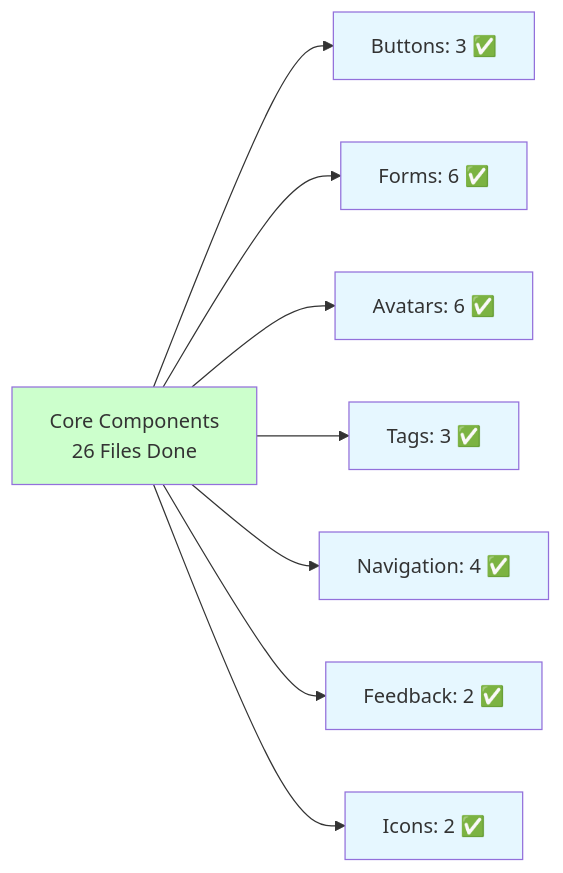
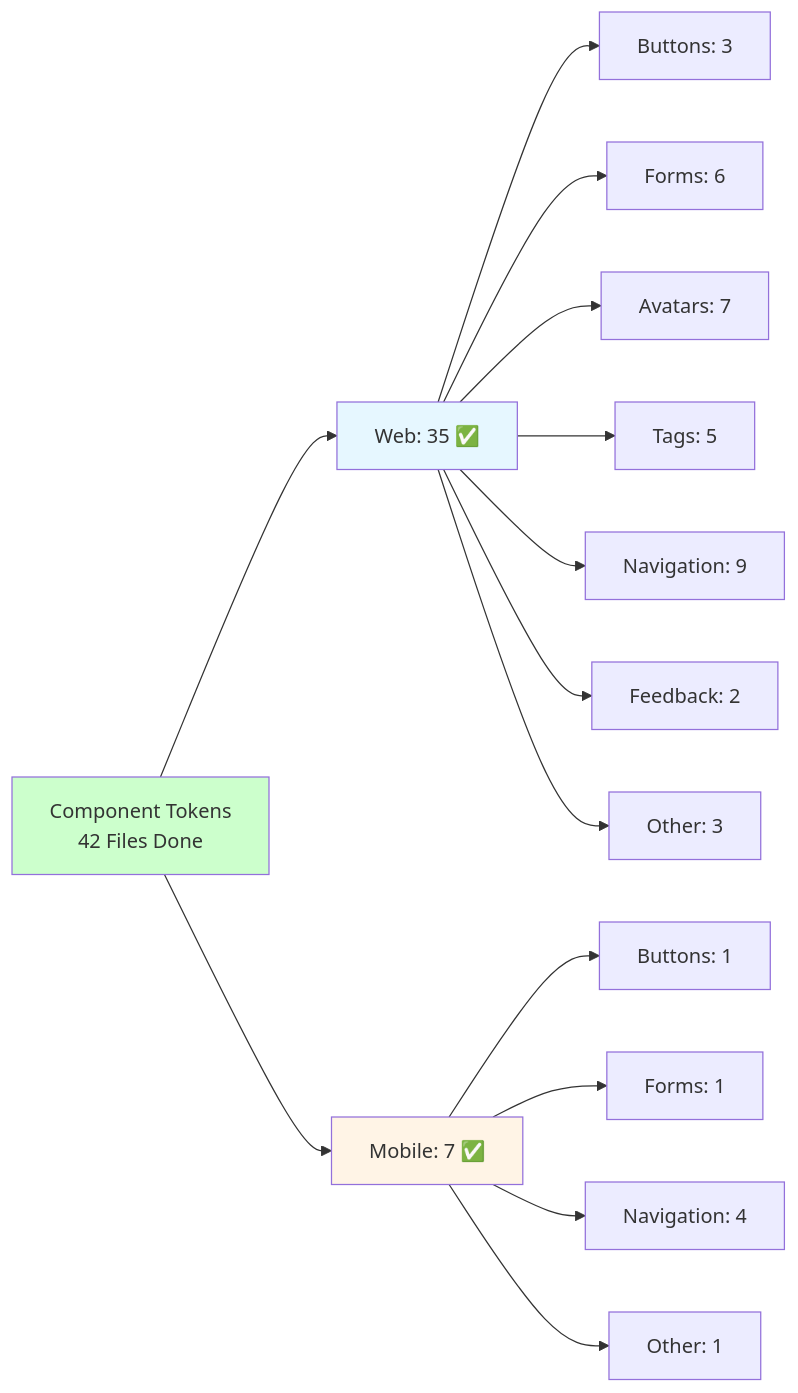
The third of 3 diagrams in PROJECT_STATUS_TRACKER.md (thisisashwinks/HighRise-Tokens), drawn with Mermaid before and after one commit. The commit also changed other lines of this file and 5 other files, not shown here.

````diff
--- a/PROJECT_STATUS_TRACKER.md
+++ b/PROJECT_STATUS_TRACKER.md
@@ -343,19 +372,20 @@
 ```mermaid
 flowchart LR
-    A[Core Components<br/>26 Files Done] --> B[Buttons: 3 ✅]
-    A --> C[Forms: 6 ✅]
-    A --> D[Avatars: 6 ✅]
-    A --> E[Tags: 3 ✅]
-    A --> F[Navigation: 4 ✅]
-    A --> G[Feedback: 2 ✅]
-    A --> H[Icons: 2 ✅]
+    A[Component Tokens<br/>42 Files Done] --> B[Web: 35 ✅]
+    A --> C[Mobile: 7 ✅]
+    B --> D[Buttons: 3]
+    B --> E[Forms: 6]
+    B --> F[Avatars: 7]
+    B --> G[Tags: 5]
+    B --> H[Navigation: 9]
+    B --> I[Feedback: 2]
+    B --> J[Other: 3]
+    C --> K[Buttons: 1]
+    C --> L[Forms: 1]
+    C --> M[Navigation: 4]
+    C --> N[Other: 1]
     
     style A fill:#ccffcc
     style B fill:#e6f7ff
-    style C fill:#e6f7ff
-    style D fill:#e6f7ff
-    style E fill:#e6f7ff
-    style F fill:#e6f7ff
-    style G fill:#e6f7ff
-    style H fill:#e6f7ff
+    style C fill:#fff4e6
 ```
````
